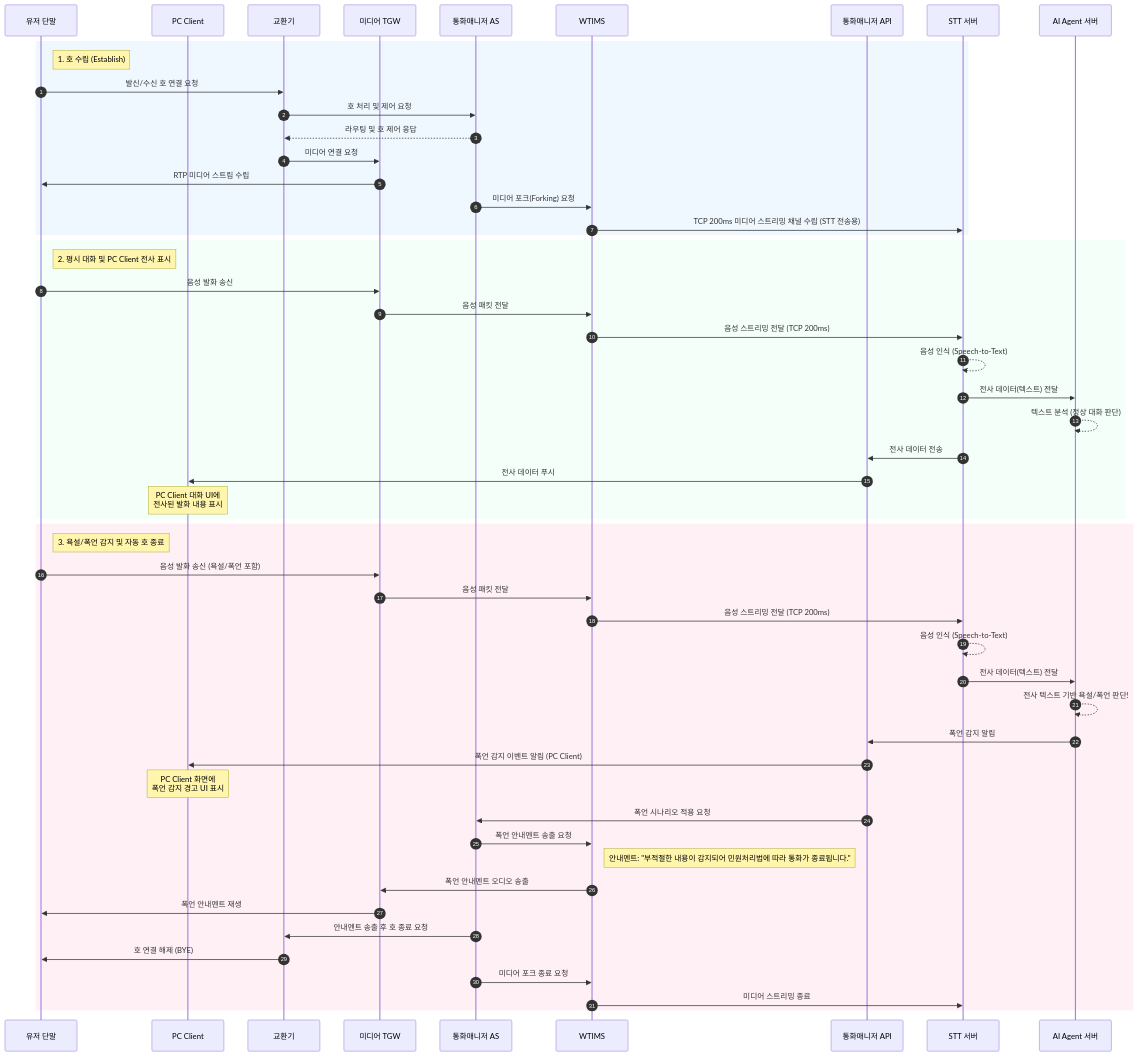
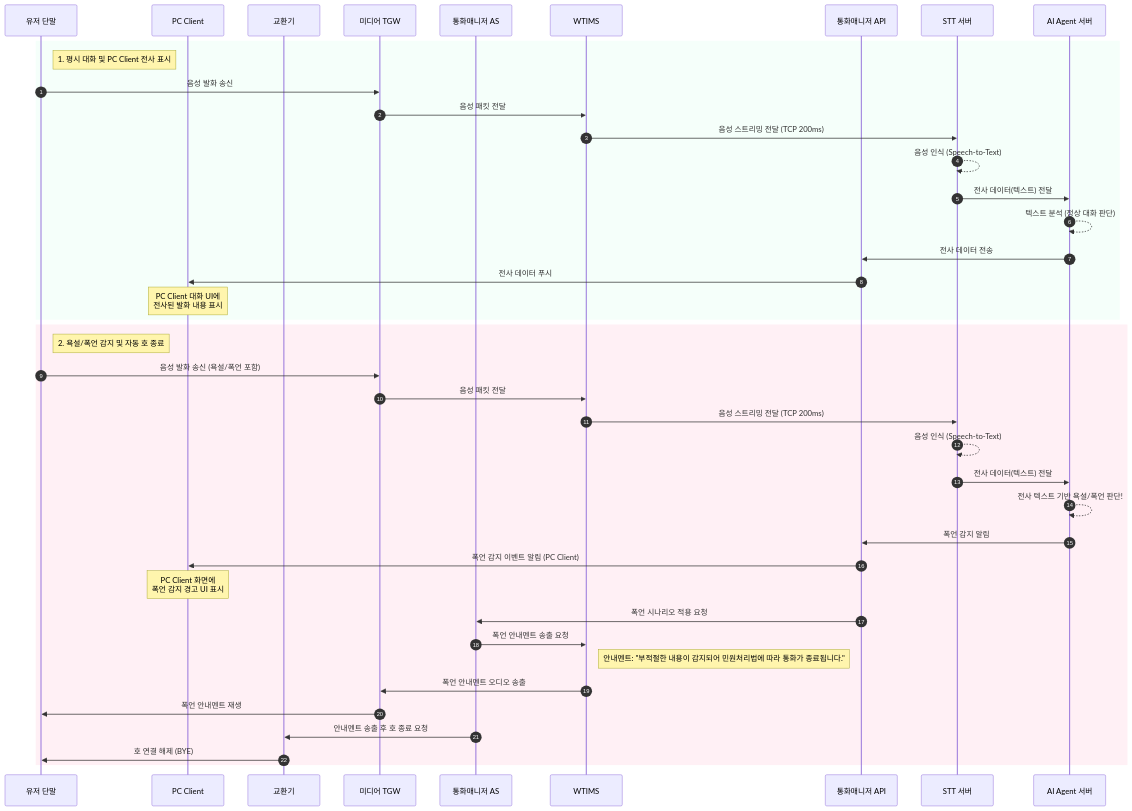
Before and after one commit to hak023/sip_pbx: the diagram in docs/architecture/call-flow-cloud-stt.md, drawn with Mermaid. The commit also changed other lines of this file and 1 other file, not shown here.

Commit message:
docs: update call flow scenario and add UI mockup image

````diff
--- a/docs/architecture/call-flow-cloud-stt.md
+++ b/docs/architecture/call-flow-cloud-stt.md
@@ -7,63 +7,49 @@
 ```mermaid
 sequenceDiagram
     autonumber
     
     participant U as 유저 단말
     participant PC as PC Client
     participant S as 교환기
     participant MT as 미디어 TGW
     participant CAS as 통화매니저 AS
     participant W as WTIMS
     participant CAPI as 통화매니저 API
     participant STT as STT 서버
     participant AI as AI Agent 서버
 
-    %% 1. 호 수립 (Establish)
-    rect rgb(240, 248, 255)
-    Note right of U: 1. 호 수립 (Establish)
-    U->>S: 발신/수신 호 연결 요청
-    S->>CAS: 호 처리 및 제어 요청
-    CAS-->>S: 라우팅 및 호 제어 응답
-    S->>MT: 미디어 연결 요청
-    MT->>U: RTP 미디어 스트림 수립
-    CAS->>W: 미디어 포크(Forking) 요청
-    W->>STT: TCP 200ms 미디어 스트리밍 채널 수립 (STT 전송용)
-    end
-
-    %% 2. 평시 대화 (전사 및 UI 표시)
+    %% 1. 평시 대화 (전사 및 UI 표시)
     rect rgb(245, 255, 250)
-    Note right of U: 2. 평시 대화 및 PC Client 전사 표시
+    Note right of U: 1. 평시 대화 및 PC Client 전사 표시
     U->>MT: 음성 발화 송신
     MT->>W: 음성 패킷 전달
     W->>STT: 음성 스트리밍 전달 (TCP 200ms)
     STT-->>STT: 음성 인식 (Speech-to-Text)
     STT->>AI: 전사 데이터(텍스트) 전달
     AI-->>AI: 텍스트 분석 (정상 대화 판단)
-    STT->>CAPI: 전사 데이터 전송
+    AI->>CAPI: 전사 데이터 전송
     CAPI->>PC: 전사 데이터 푸시
     Note over PC: PC Client 대화 UI에<br/>전사된 발화 내용 표시
     end
 
-    %% 3. 욕설/폭언 감지 및 흐름
+    %% 2. 욕설/폭언 감지 및 흐름
     rect rgb(255, 240, 245)
-    Note right of U: 3. 욕설/폭언 감지 및 자동 호 종료
+    Note right of U: 2. 욕설/폭언 감지 및 자동 호 종료
     U->>MT: 음성 발화 송신 (욕설/폭언 포함)
     MT->>W: 음성 패킷 전달
     W->>STT: 음성 스트리밍 전달 (TCP 200ms)
     STT-->>STT: 음성 인식 (Speech-to-Text)
     STT->>AI: 전사 데이터(텍스트) 전달
     AI-->>AI: 전사 텍스트 기반 욕설/폭언 판단!
     AI->>CAPI: 폭언 감지 알림
     CAPI->>PC: 폭언 감지 이벤트 알림 (PC Client)
     Note over PC: PC Client 화면에<br/>폭언 감지 경고 UI 표시
     CAPI->>CAS: 폭언 시나리오 적용 요청
     CAS->>W: 폭언 안내멘트 송출 요청
     Note right of W: 안내멘트: "부적절한 내용이 감지되어 민원처리법에 따라 통화가 종료됩니다."
     W->>MT: 폭언 안내멘트 오디오 송출
     MT->>U: 폭언 안내멘트 재생
     CAS->>S: 안내멘트 송출 후 호 종료 요청
     S->>U: 호 연결 해제 (BYE)
-    CAS->>W: 미디어 포크 종료 요청
-    W->>STT: 미디어 스트리밍 종료
     end
 ```
````
